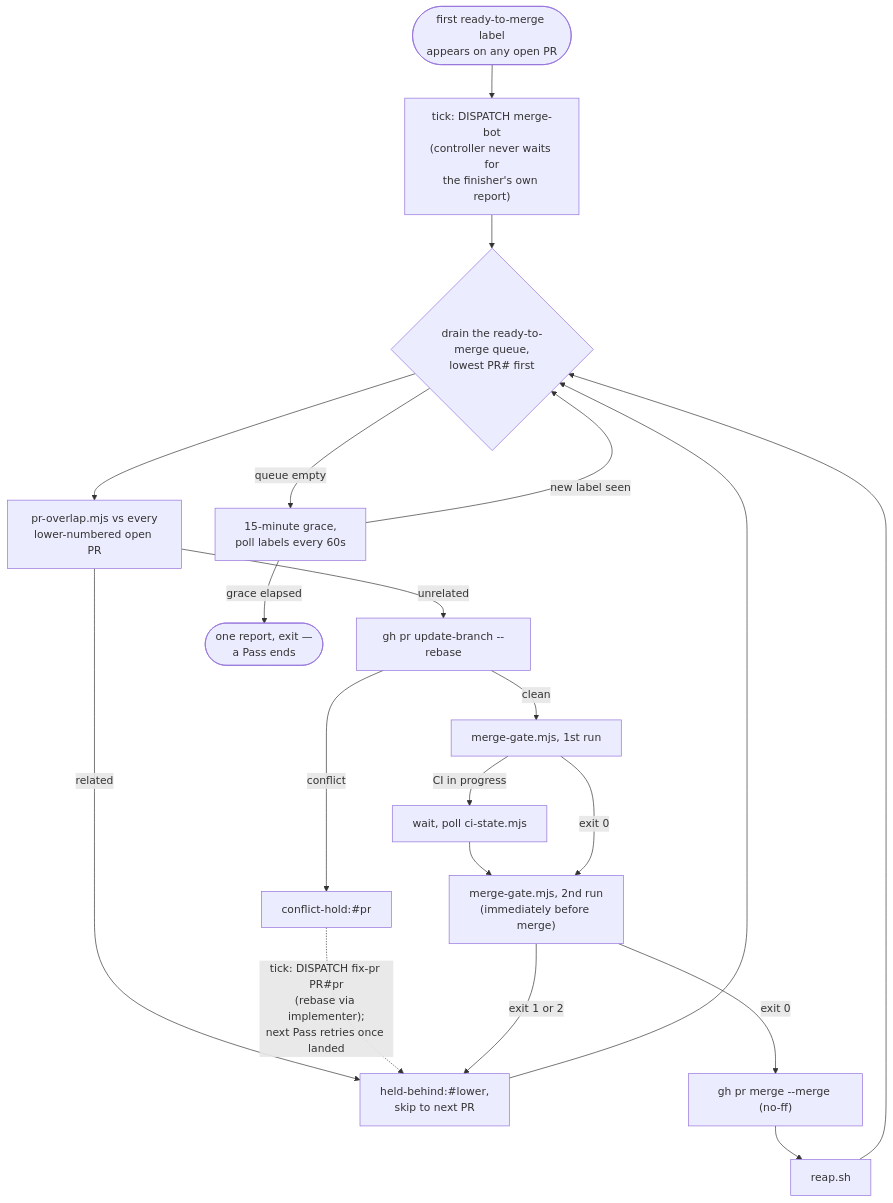
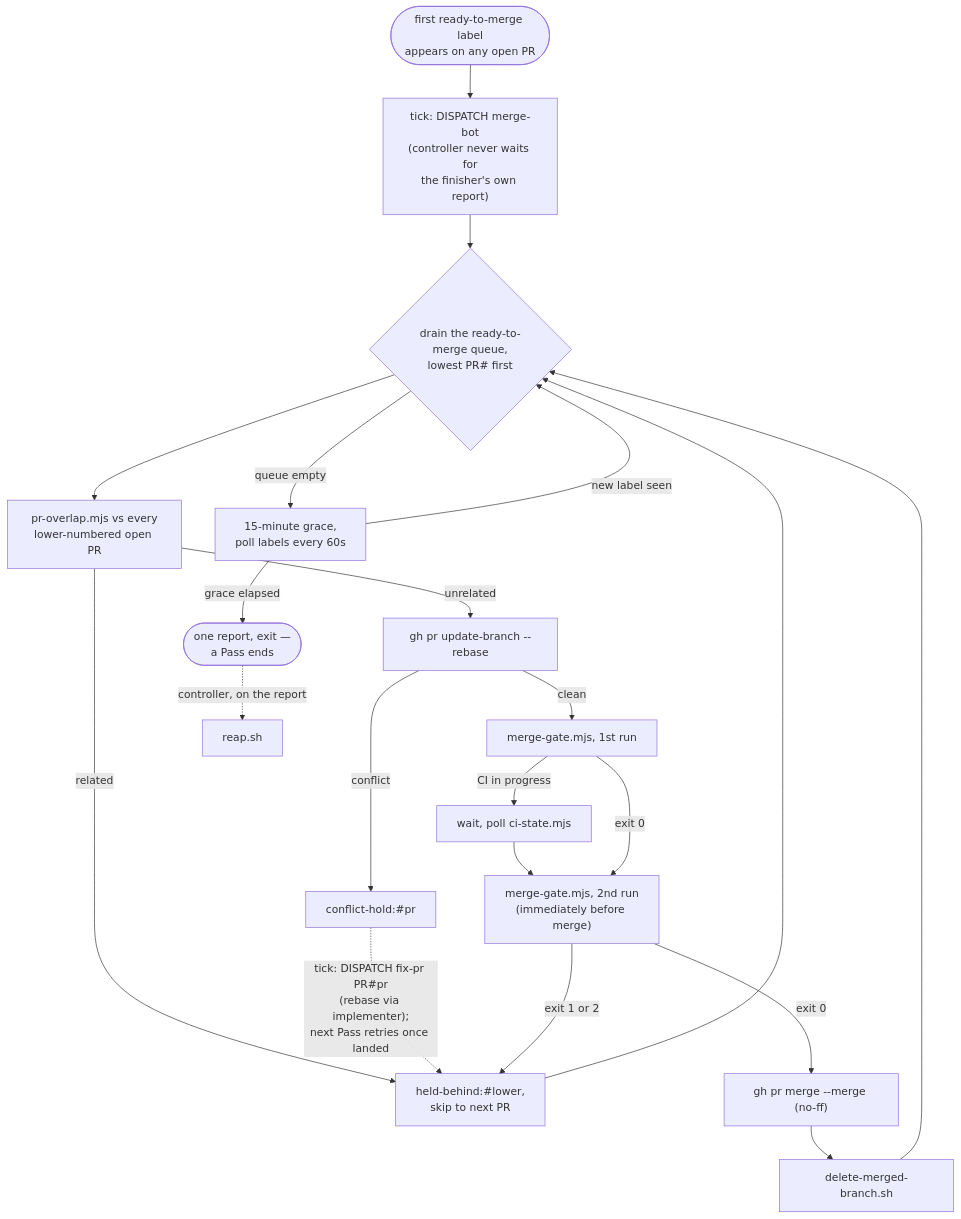
The diagram in docs/components/merge-bot.md (feigi/fleet-plugin), drawn with Mermaid before and after one commit. The commit also changed other lines of this file and 2 other files, not shown here.

````diff
--- a/docs/components/merge-bot.md
+++ b/docs/components/merge-bot.md
@@ -43,22 +46,23 @@
 ```mermaid
 flowchart TD
     LABEL(["first ready-to-merge label<br/>appears on any open PR"]) --> DISPATCH["tick: DISPATCH merge-bot<br/>(controller never waits for<br/>the finisher's own report)"]
     DISPATCH --> DRAIN{"drain the ready-to-merge queue,<br/>lowest PR# first"}
     DRAIN --> HOLD["pr-overlap.mjs vs every<br/>lower-numbered open PR"]
     HOLD -->|"related"| SKIP["held-behind:#lower,<br/>skip to next PR"]
     HOLD -->|"unrelated"| REBASE["gh pr update-branch --rebase"]
     REBASE -->|"conflict"| CONFLICT["conflict-hold:#pr"]
     CONFLICT -.->|"tick: DISPATCH fix-pr PR#pr<br/>(rebase via implementer);<br/>next Pass retries once landed"| SKIP
     REBASE -->|"clean"| GATE1["merge-gate.mjs, 1st run"]
     GATE1 -->|"CI in progress"| WAITCI["wait, poll ci-state.mjs"]
     WAITCI --> GATE2
     GATE1 -->|"exit 0"| GATE2["merge-gate.mjs, 2nd run<br/>(immediately before merge)"]
     GATE2 -->|"exit 0"| MERGE["gh pr merge --merge (no-ff)"]
     GATE2 -->|"exit 1 or 2"| SKIP
-    MERGE --> REAP["reap.sh"]
-    REAP --> DRAIN
+    MERGE --> DELBR["delete-merged-branch.sh"]
+    DELBR --> DRAIN
     SKIP --> DRAIN
     DRAIN -->|"queue empty"| GRACE["15-minute grace,<br/>poll labels every 60s"]
     GRACE -->|"new label seen"| DRAIN
     GRACE -->|"grace elapsed"| REPORT(["one report, exit —<br/>a Pass ends"])
+    REPORT -.->|"controller, on the report"| REAP["reap.sh"]
 ```
````
